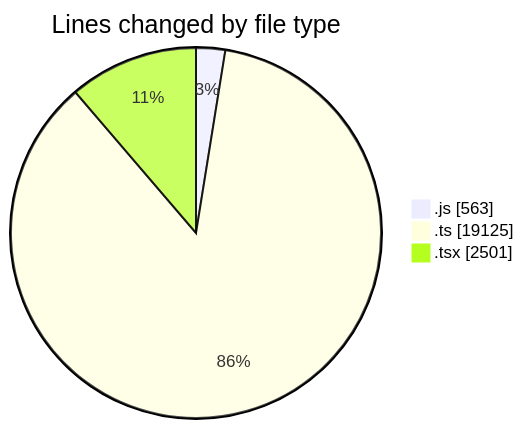
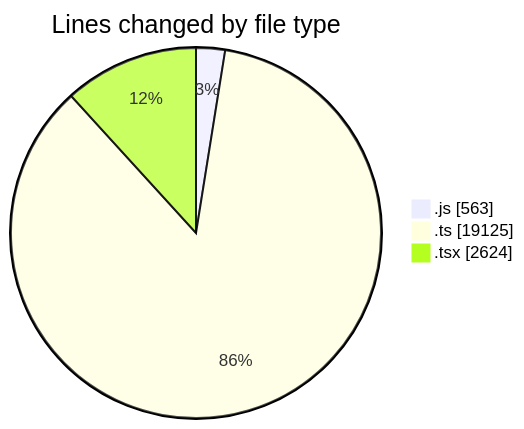
Before and after one commit to momahboobian/code-tracking: the first of 2 diagrams in 2025-11-14/cda/README.md, drawn with Mermaid. The commit also changed other lines of this file and 1 other file, not shown here.

````diff
--- a/2025-11-14/cda/README.md
+++ b/2025-11-14/cda/README.md
@@ -41,7 +41,7 @@
 ```mermaid
 pie showData
 title Lines changed by file type
 ".js" : 563
 ".ts" : 19125
-".tsx" : 2501
+".tsx" : 2624
 ```
````
